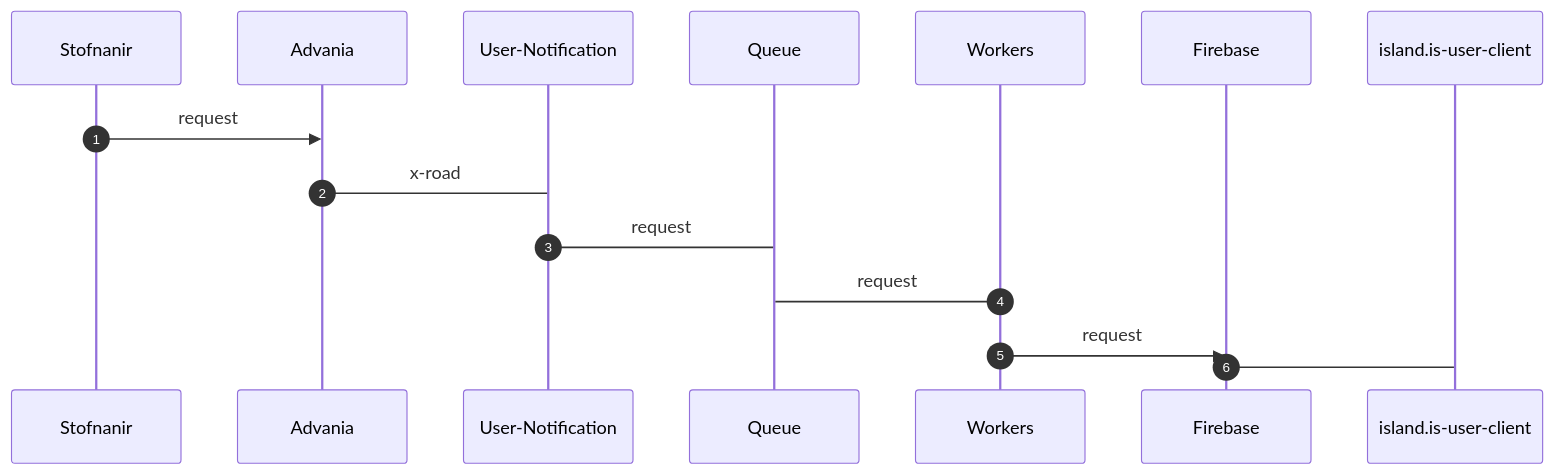
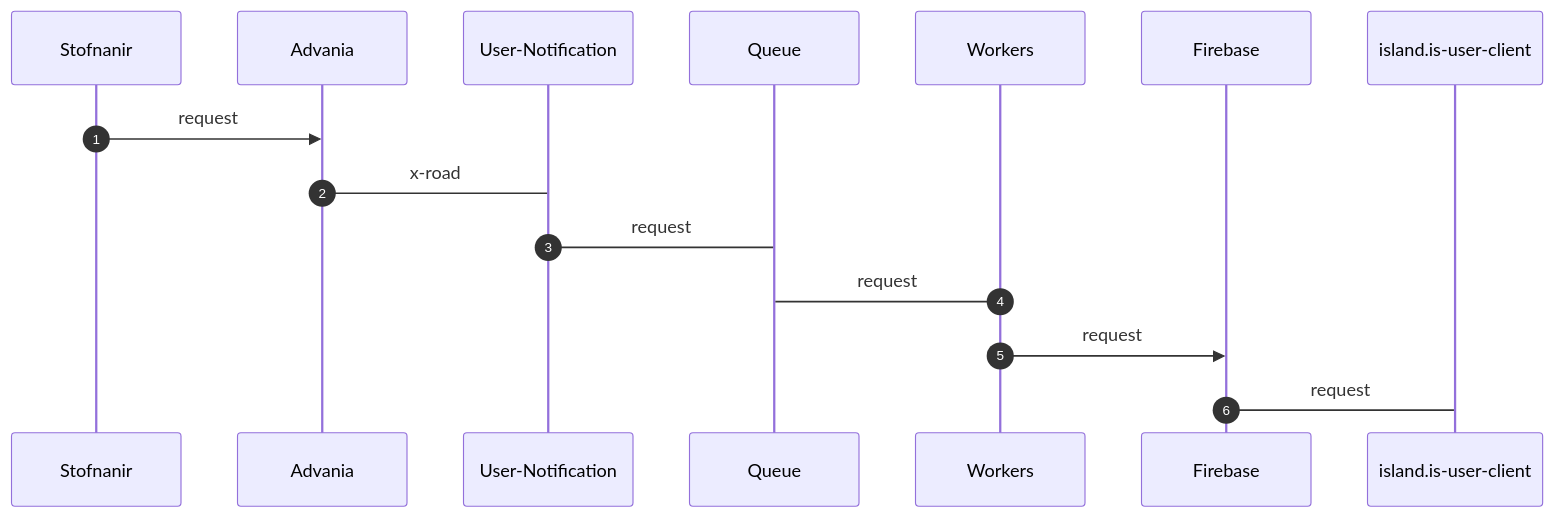
The diagram in hnipp.md (rafnarnason/bookish-fiesta), drawn with Mermaid before and after one commit.

````diff
--- a/hnipp.md
+++ b/hnipp.md
@@ -1,13 +1,13 @@
 ```mermaid
 sequenceDiagram
     autonumber
     Stofnanir->>Advania:request
     Advania->User-Notification:x-road
     User-Notification->Queue:request
     Workers->Queue:request
     Workers->>Firebase:request
-    Firebase->island.is-user-client:
+    Firebase->island.is-user-client:request
     
     
    
 ```
````
